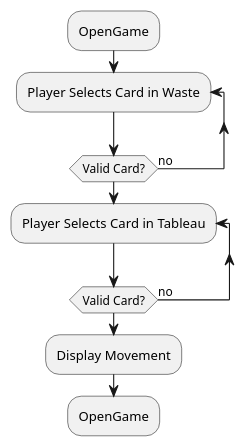
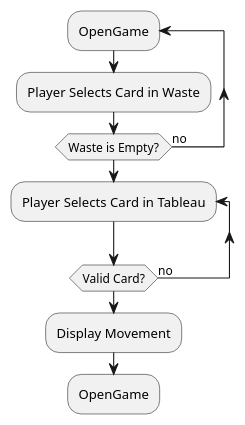
One commit to Troteaga/klondike changed the fourth of 16 diagrams in docs/UseCases.plantuml. Above: the diagram before and after it, drawn with PlantUML. The commit also changed other lines of this file and 3 other files, not shown here.

```diff
--- a/docs/UseCases.plantuml
+++ b/docs/UseCases.plantuml
@@ -38,9 +38,9 @@
 @startuml Player Moves Card From Waste to Tableau
-:OpenGame;
-repeat :Player Selects Card in Waste;
-repeat while (Valid Card?) is (no)
+repeat:OpenGame;
+:Player Selects Card in Waste;
+repeat while (Waste is Empty?) is (no)
 repeat :Player Selects Card in Tableau;
 repeat while (Valid Card?) is (no)
 :Display Movement;
 :OpenGame;
 @enduml
```
